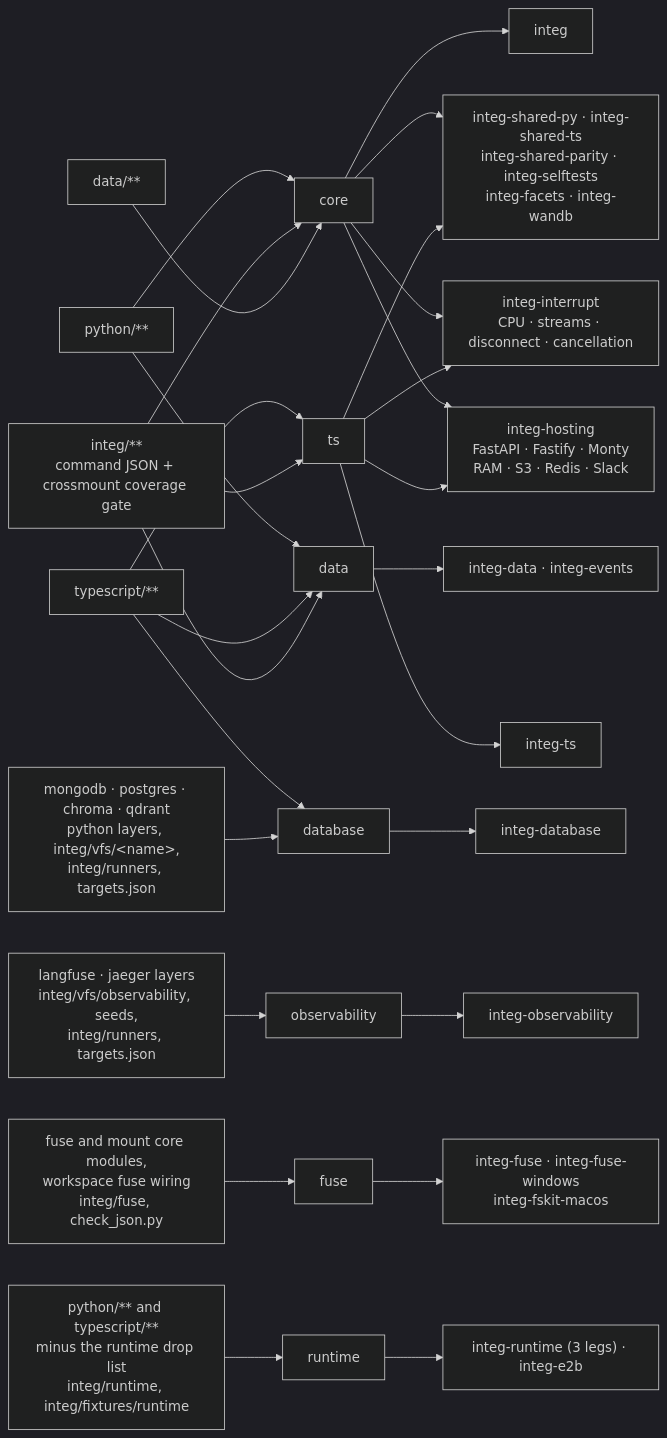
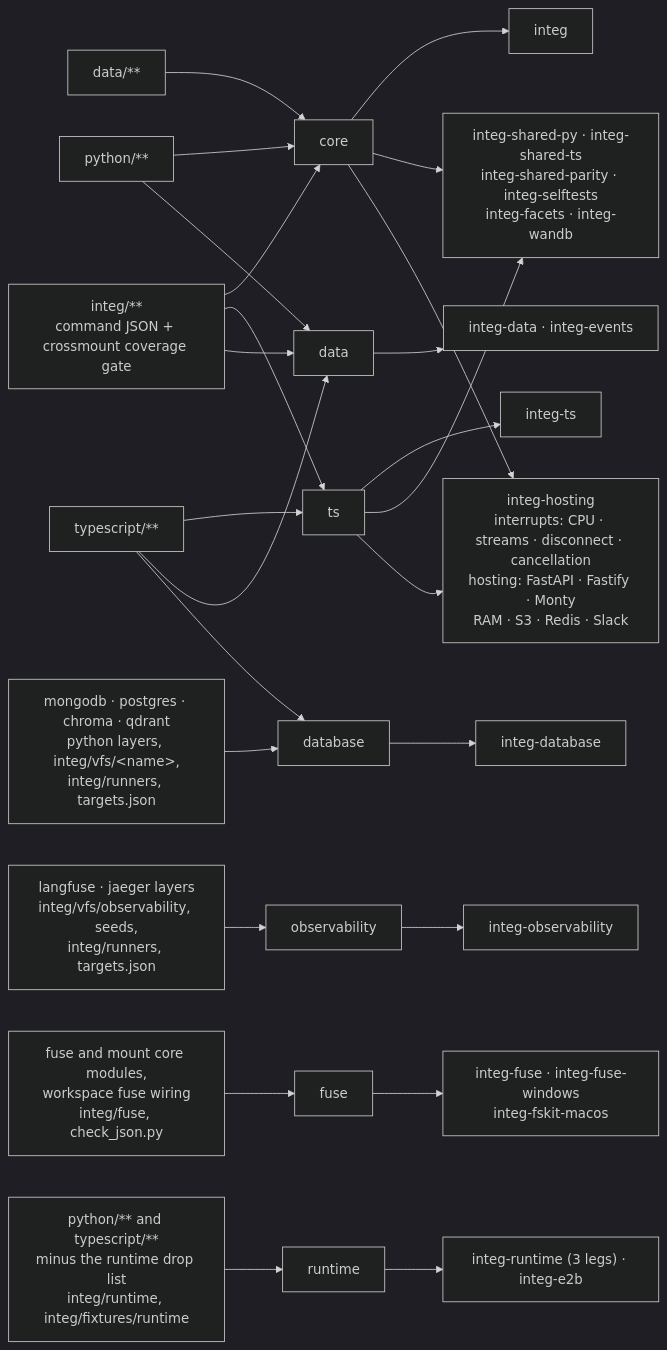
Before and after one commit to strukto-ai/mirage: the diagram in integ/README.md, drawn with Mermaid (dark theme). The commit also changed 4 other files, not shown here.

````diff
--- a/integ/README.md
+++ b/integ/README.md
@@ -203,21 +203,20 @@
 ```mermaid
 flowchart LR
     PY["python/**"] --> core & data
     TSX["typescript/**"] --> ts & data & database
     IN["integ/**<br/>command JSON + crossmount coverage gate"] --> core & ts & data
     D["data/**"] --> core
     DB["mongodb · postgres · chroma · qdrant<br/>python layers, integ/vfs/&lt;name&gt;,<br/>integ/runners, targets.json"] --> database
     OB["langfuse · jaeger layers<br/>integ/vfs/observability, seeds,<br/>integ/runners, targets.json"] --> observability
     FS["fuse and mount core modules,<br/>workspace fuse wiring<br/>integ/fuse, check_json.py"] --> fuse
     RT["python/** and typescript/**<br/>minus the runtime drop list<br/>integ/runtime, integ/fixtures/runtime"] --> runtime
     core --> J1["integ"]
     ts --> J2["integ-ts"]
     core & ts --> J3["integ-shared-py · integ-shared-ts<br/>integ-shared-parity · integ-selftests<br/>integ-facets · integ-wandb"]
-    core & ts --> INTERRUPT["integ-interrupt<br/>CPU · streams · disconnect · cancellation"]
-    core & ts --> HOST["integ-hosting<br/>FastAPI · Fastify · Monty<br/>RAM · S3 · Redis · Slack"]
+    core & ts --> HOST["integ-hosting<br/>interrupts: CPU · streams · disconnect · cancellation<br/>hosting: FastAPI · Fastify · Monty<br/>RAM · S3 · Redis · Slack"]
     data --> J4["integ-data · integ-events"]
     database --> J5["integ-database"]
     observability --> J6["integ-observability"]
     fuse --> J7["integ-fuse · integ-fuse-windows<br/>integ-fskit-macos"]
     runtime --> J8["integ-runtime (3 legs) · integ-e2b"]
 ```
````
